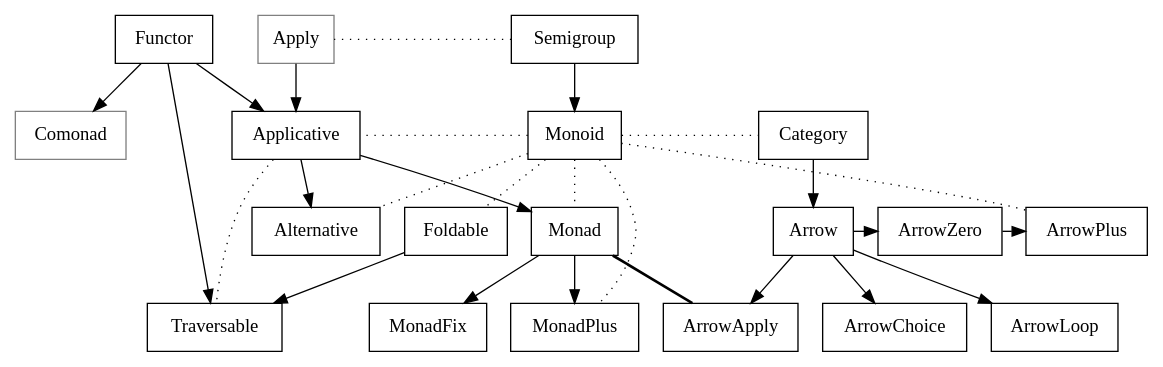
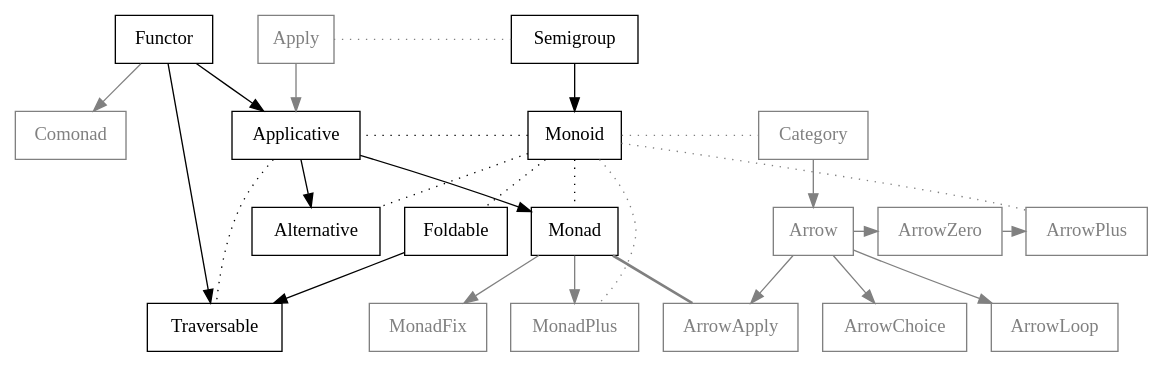
One commit to nsu-syspro/haskell-slides changed the diagram in images/typeclassopedia.gv. Above: the diagram before and after it, drawn with Graphviz. The commit also changed 5 other files, not shown here.

```diff
--- a/images/typeclassopedia.gv
+++ b/images/typeclassopedia.gv
@@ -1,29 +1,39 @@
 digraph {
   node [shape=box];
   Functor -> Applicative -> Monad;
-  Apply -> Applicative;
-  Semigroup -> Apply [constraint=false; style=dotted; arrowhead=none];
-  Apply [color=grey];
+  Apply -> Applicative [color=grey];
+  Semigroup -> Apply [color=grey; constraint=false; style=dotted; arrowhead=none];
   Applicative -> Alternative;
-  Monad -> MonadPlus;
-  Monad -> MonadFix;
+  Monad -> MonadPlus [color=grey];
+  Monad -> MonadFix [color=grey];
   Semigroup -> Monoid;
   Monoid -> Applicative [constraint=false; style=dotted; arrowhead=none];
-  Monoid -> Category [constraint=false; style=dotted; arrowhead=none];
+  Monoid -> Category [color=grey; constraint=false; style=dotted; arrowhead=none];
   Monoid -> Alternative [style=dotted; arrowhead=none];
-  Monoid -> MonadPlus [style=dotted; arrowhead=none];
-  Category -> Arrow -> ArrowChoice;
-  Arrow -> ArrowApply;
-  Arrow -> ArrowLoop;
-  Arrow -> ArrowZero -> ArrowPlus;
+  Monoid -> MonadPlus [color=grey; style=dotted; arrowhead=none];
+  Category -> Arrow -> ArrowChoice [color=grey];
+  Arrow -> ArrowApply [color=grey];
+  Arrow -> ArrowLoop [color=grey];
+  Arrow -> ArrowZero -> ArrowPlus [color=grey];
   {rank = same; Arrow; ArrowZero; ArrowPlus}
-  Monoid -> ArrowPlus [style=dotted; arrowhead=none];
-  Monad -> ArrowApply [style=bold, arrowhead=none];
+  Monoid -> ArrowPlus [color=grey; style=dotted; arrowhead=none];
+  Monad -> ArrowApply [color=grey; style=bold, arrowhead=none];
   Monoid -> Foldable [style=dotted; arrowhead=none];
   Monoid -> Monad [style=dotted; arrowhead=none];
   Applicative -> Traversable [style=dotted; arrowhead=none];
   Foldable -> Traversable;
   Functor -> Traversable;
-  Comonad [color=grey];
-  Functor -> Comonad;
+  Functor -> Comonad [color=grey];
+
+  Apply [color=grey, fontcolor=grey];
+  Comonad [color=grey, fontcolor=grey];
+  Category [color=grey, fontcolor=grey];
+  Arrow [color=grey, fontcolor=grey];
+  ArrowZero [color=grey, fontcolor=grey];
+  ArrowPlus [color=grey, fontcolor=grey];
+  ArrowApply [color=grey, fontcolor=grey];
+  ArrowChoice [color=grey, fontcolor=grey];
+  ArrowLoop [color=grey, fontcolor=grey];
+  MonadFix [color=grey, fontcolor=grey];
+  MonadPlus [color=grey, fontcolor=grey];
 }
```
